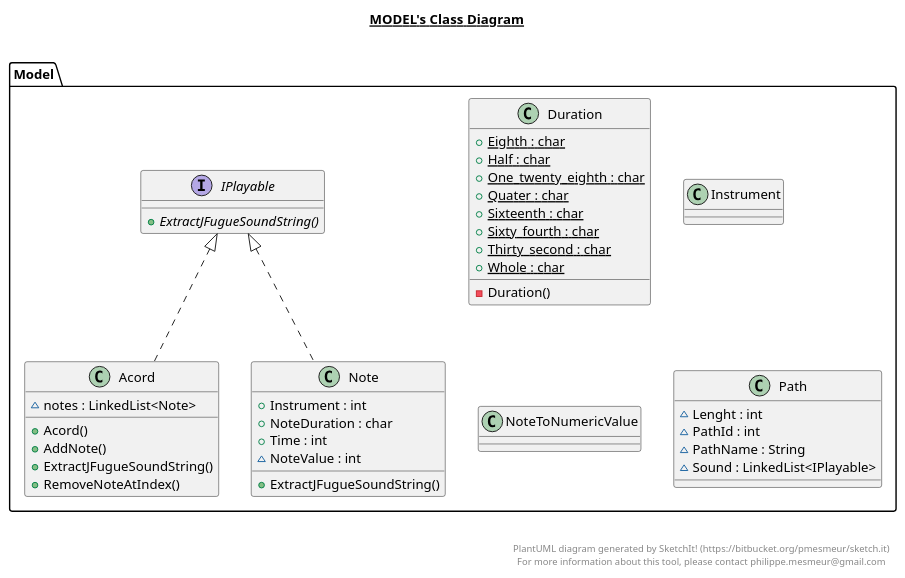
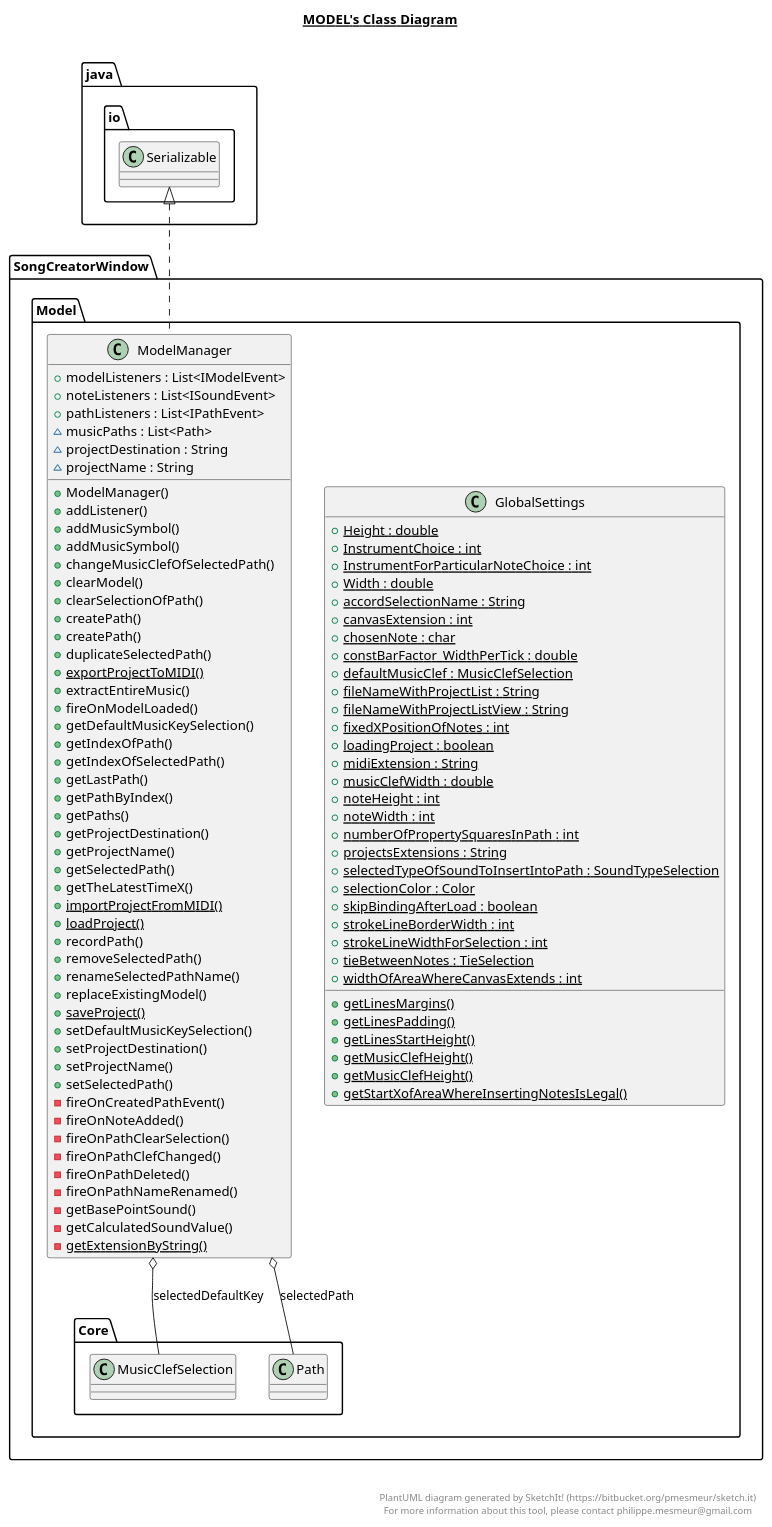
One commit to IS-UMK/inz-MRuszkowski changed the diagram in src/SongCreatorWindow/Model/Model.plantuml. Above: the diagram before and after it, drawn with PlantUML. The commit also changed 13 other files, not shown here.

Commit message:
UML diagrams added

```diff
--- a/src/SongCreatorWindow/Model/Model.plantuml
+++ b/src/SongCreatorWindow/Model/Model.plantuml
@@ -1,82 +1,114 @@
 @startuml
 
 title __MODEL's Class Diagram__\n
 
-  namespace Model {
-    class Model.Acord {
-        ~ notes : LinkedList<Note>
-        + Acord()
-        + AddNote()
-        + ExtractJFugueSoundString()
-        + RemoveNoteAtIndex()
+  namespace SongCreatorWindow {
+    namespace Model {
+      class SongCreatorWindow.Model.GlobalSettings {
+          {static} + Height : double
+          {static} + InstrumentChoice : int
+          {static} + InstrumentForParticularNoteChoice : int
+          {static} + Width : double
+          {static} + accordSelectionName : String
+          {static} + canvasExtension : int
+          {static} + chosenNote : char
+          {static} + constBarFactor_WidthPerTick : double
+          {static} + defaultMusicClef : MusicClefSelection
+          {static} + fileNameWithProjectList : String
+          {static} + fileNameWithProjectListView : String
+          {static} + fixedXPositionOfNotes : int
+          {static} + loadingProject : boolean
+          {static} + midiExtension : String
+          {static} + musicClefWidth : double
+          {static} + noteHeight : int
+          {static} + noteWidth : int
+          {static} + numberOfPropertySquaresInPath : int
+          {static} + projectsExtensions : String
+          {static} + selectedTypeOfSoundToInsertIntoPath : SoundTypeSelection
+          {static} + selectionColor : Color
+          {static} + skipBindingAfterLoad : boolean
+          {static} + strokeLineBorderWidth : int
+          {static} + strokeLineWidthForSelection : int
+          {static} + tieBetweenNotes : TieSelection
+          {static} + widthOfAreaWhereCanvasExtends : int
+          {static} + getLinesMargins()
+          {static} + getLinesPadding()
+          {static} + getLinesStartHeight()
+          {static} + getMusicClefHeight()
+          {static} + getMusicClefHeight()
+          {static} + getStartXofAreaWhereInsertingNotesIsLegal()
+      }
     }
   }
   
 
-  namespace Model {
-    class Model.Duration {
-        {static} + Eighth : char
-        {static} + Half : char
-        {static} + One_twenty_eighth : char
-        {static} + Quater : char
-        {static} + Sixteenth : char
-        {static} + Sixty_fourth : char
-        {static} + Thirty_second : char
-        {static} + Whole : char
-        - Duration()
+  namespace SongCreatorWindow {
+    namespace Model {
+      class SongCreatorWindow.Model.ModelManager {
+          + modelListeners : List<IModelEvent>
+          + noteListeners : List<ISoundEvent>
+          + pathListeners : List<IPathEvent>
+          ~ musicPaths : List<Path>
+          ~ projectDestination : String
+          ~ projectName : String
+          + ModelManager()
+          + addListener()
+          + addMusicSymbol()
+          + addMusicSymbol()
+          + changeMusicClefOfSelectedPath()
+          + clearModel()
+          + clearSelectionOfPath()
+          + createPath()
+          + createPath()
+          + duplicateSelectedPath()
+          {static} + exportProjectToMIDI()
+          + extractEntireMusic()
+          + fireOnModelLoaded()
+          + getDefaultMusicKeySelection()
+          + getIndexOfPath()
+          + getIndexOfSelectedPath()
+          + getLastPath()
+          + getPathByIndex()
+          + getPaths()
+          + getProjectDestination()
+          + getProjectName()
+          + getSelectedPath()
+          + getTheLatestTimeX()
+          {static} + importProjectFromMIDI()
+          {static} + loadProject()
+          + recordPath()
+          + removeSelectedPath()
+          + renameSelectedPathName()
+          + replaceExistingModel()
+          {static} + saveProject()
+          + setDefaultMusicKeySelection()
+          + setProjectDestination()
+          + setProjectName()
+          + setSelectedPath()
+          - fireOnCreatedPathEvent()
+          - fireOnNoteAdded()
+          - fireOnPathClearSelection()
+          - fireOnPathClefChanged()
+          - fireOnPathDeleted()
+          - fireOnPathNameRenamed()
+          - getBasePointSound()
+          - getCalculatedSoundValue()
+          {static} - getExtensionByString()
+      }
     }
   }
   
 
-  namespace Model {
-    interface Model.IPlayable {
-        {abstract} + ExtractJFugueSoundString()
-    }
-  }
-  
-
-  namespace Model {
-    class Model.Instrument {
-    }
-  }
-  
-
-  namespace Model {
-    class Model.Note {
-        + Instrument : int
-        + NoteDuration : char
-        + Time : int
-        ~ NoteValue : int
-        + ExtractJFugueSoundString()
-    }
-  }
-  
-
-  namespace Model {
-    class Model.NoteToNumericValue {
-    }
-  }
-  
-
-  namespace Model {
-    class Model.Path {
-        ~ Lenght : int
-        ~ PathId : int
-        ~ PathName : String
-        ~ Sound : LinkedList<IPlayable>
-    }
-  }
-  
-
-  Model.Acord .up.|> IPlayable
-  Model.Note .up.|> IPlayable
+  SongCreatorWindow.Model.ModelManager .up.|> java.io.Serializable
+  SongCreatorWindow.Model.ModelManager o-- SongCreatorWindow.Model.Core.MusicClefSelection : selectedDefaultKey
+  SongCreatorWindow.Model.ModelManager o-- SongCreatorWindow.Model.Core.Path : selectedPath
 
 
 right footer
 
 
 PlantUML diagram generated by SketchIt! (https://bitbucket.org/pmesmeur/sketch.it)
 For more information about this tool, please contact philippe.mesmeur@gmail.com
 endfooter
 
 @enduml
```
